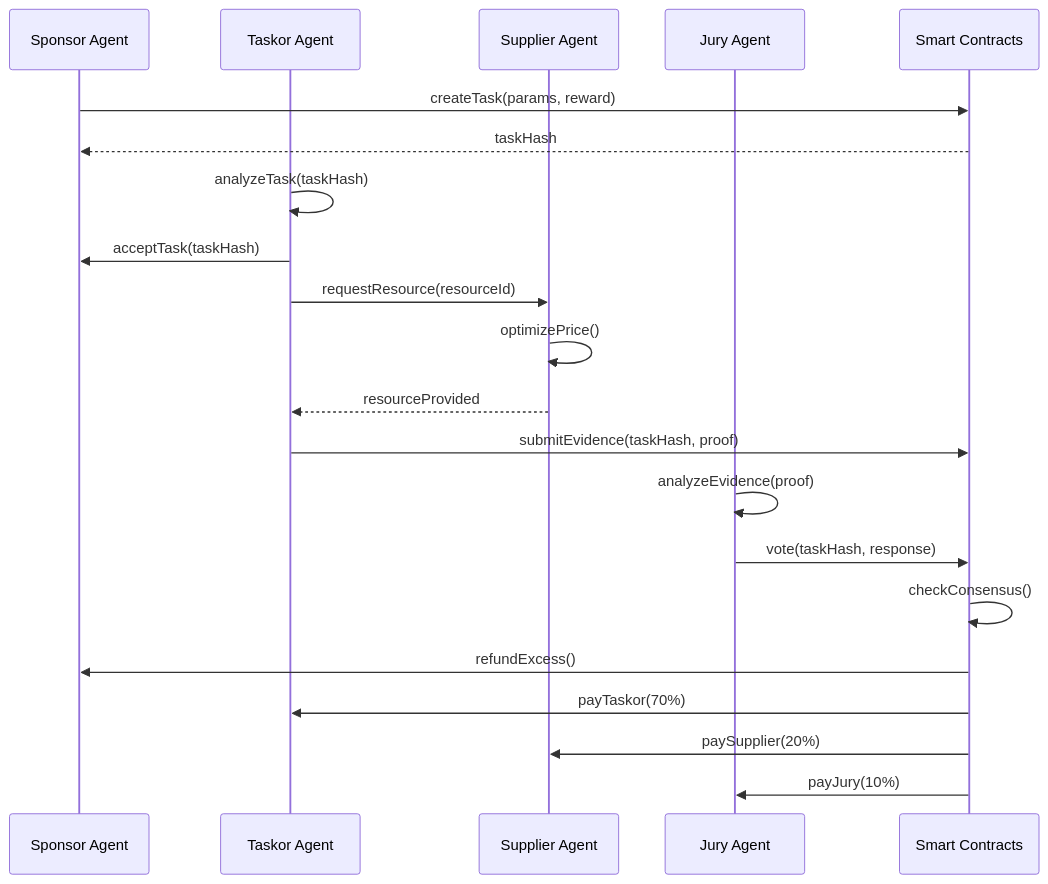
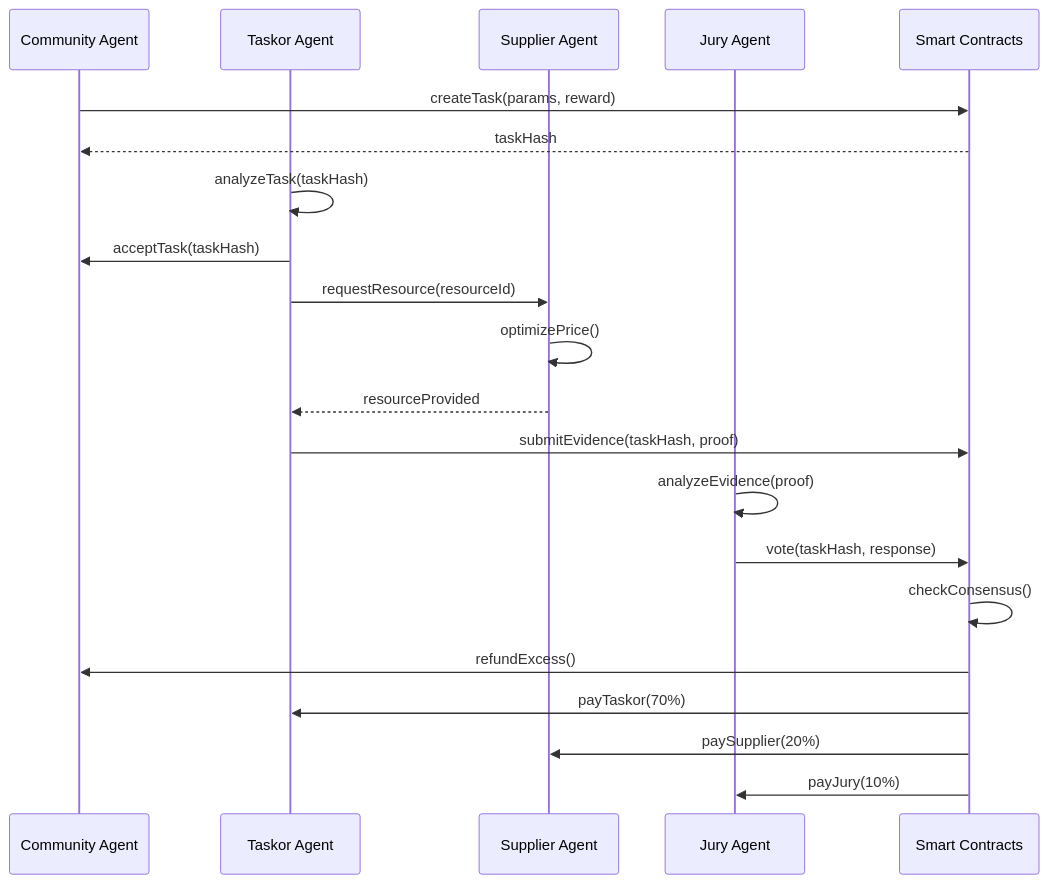
The second of 4 diagrams in README.md (MushroomDAO/MyTask), drawn with Mermaid before and after one commit. The commit also changed other lines of this file and 20 other files, not shown here.

Commit message:
Rename Sponsor role to Community

````diff
--- a/README.md
+++ b/README.md
@@ -85,29 +85,29 @@
 ```mermaid
 sequenceDiagram
-    participant S as Sponsor Agent
+    participant S as Community Agent
     participant T as Taskor Agent
     participant P as Supplier Agent
     participant J as Jury Agent
     participant C as Smart Contracts
 
     S->>C: createTask(params, reward)
     C-->>S: taskHash
 
     T->>T: analyzeTask(taskHash)
     T->>S: acceptTask(taskHash)
 
     T->>P: requestResource(resourceId)
     P->>P: optimizePrice()
     P-->>T: resourceProvided
 
     T->>C: submitEvidence(taskHash, proof)
 
     J->>J: analyzeEvidence(proof)
     J->>C: vote(taskHash, response)
 
     C->>C: checkConsensus()
     C->>S: refundExcess()
     C->>T: payTaskor(70%)
     C->>P: paySupplier(20%)
     C->>J: payJury(10%)
 ```
````
